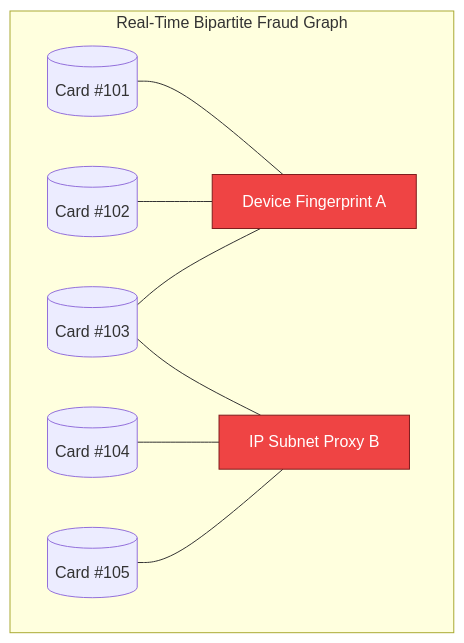
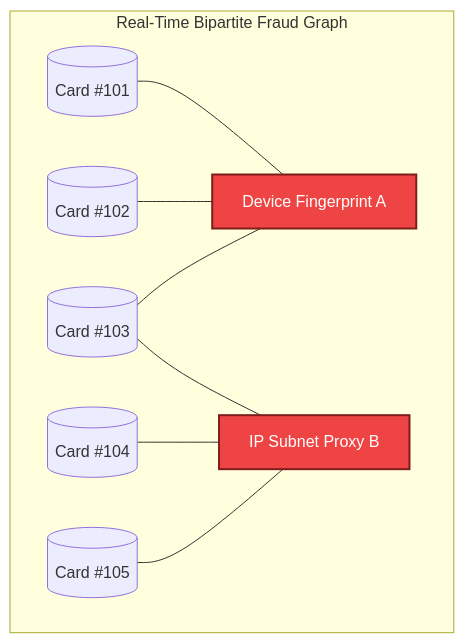
The third of 3 diagrams in blog/posts/real-time-fraud-detection-visa-stripe-apache-flink-graph-feature-stores.md (akmalkhaniub/akmalkhaniub.github.io), drawn with Mermaid before and after one commit. The commit also changed other lines of this file and 1291 other files, not shown here.

First line of the commit message:
feat(catalog): unique covers, scholarly references, and diagram palettes

````diff
--- a/blog/posts/real-time-fraud-detection-visa-stripe-apache-flink-graph-feature-stores.md
+++ b/blog/posts/real-time-fraud-detection-visa-stripe-apache-flink-graph-feature-stores.md
@@ -92,15 +103,23 @@
 ```mermaid
 flowchart TD
   subgraph SG4_RealTimeBipartite ["Real-Time Bipartite Fraud Graph"]
-    Card1[(Card #101)] --- Device1[Device Fingerprint A]
+    Card1[(Card #101)] --- Device1["Device Fingerprint A"]
     Card2[(Card #102)] --- Device1
     Card3[(Card #103)] --- Device1
     
-    Card3 --- IP1[IP Subnet Proxy B]
+    Card3 --- IP1["IP Subnet Proxy B"]
     Card4[(Card #104)] --- IP1
     Card5[(Card #105)] --- IP1
   end
   
   style Device1 fill:#ef4444,stroke:#7f1d1d,color:#ffffff
   style IP1 fill:#ef4444,stroke:#7f1d1d,color:#ffffff
+
+classDef green fill:#dcfce7,stroke:#16a34a,stroke-width:2px,color:#14532d;
+classDef red fill:#fee2e2,stroke:#dc2626,stroke-width:2px,color:#7f1d1d;
+classDef blue fill:#e0f2fe,stroke:#0284c7,stroke-width:2px,color:#0c4a6e;
+classDef yellow fill:#fef3c7,stroke:#d97706,stroke-width:2px,color:#78350f;
+classDef purple fill:#ede9fe,stroke:#7c3aed,stroke-width:2px,color:#4c1d95;
+class Device1 blue
+class IP1 green
 ```
````
